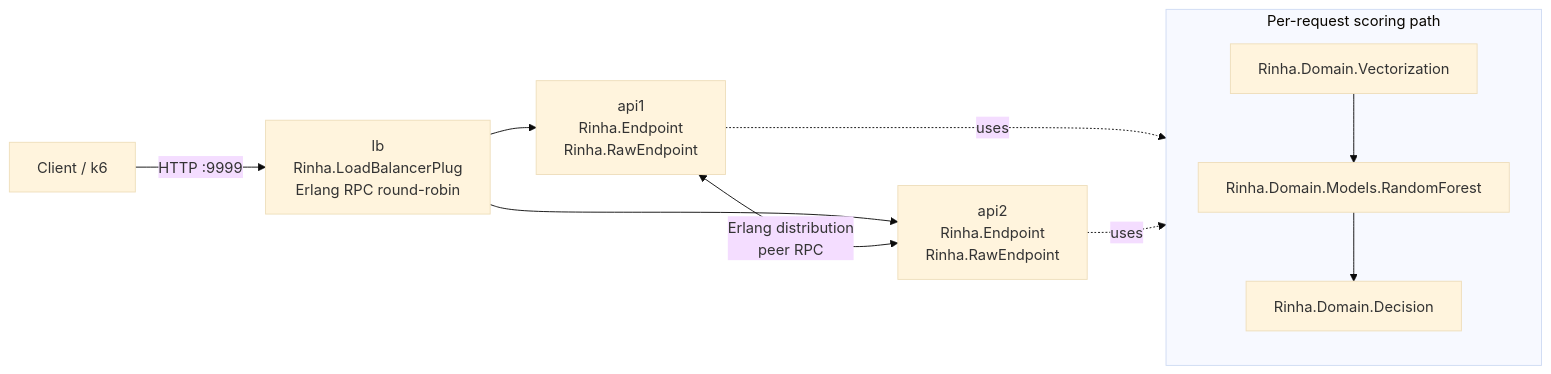
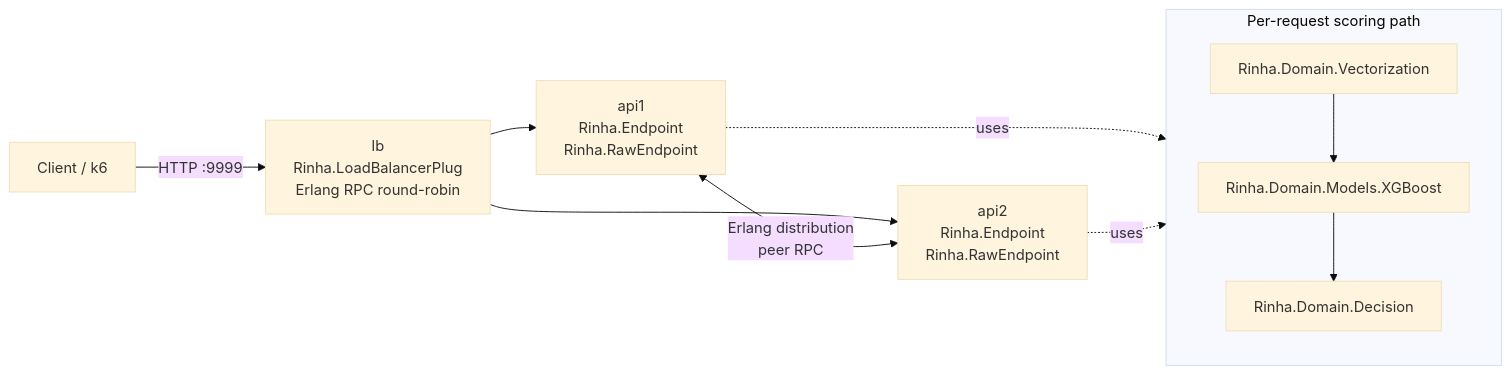
Before and after one commit to renatovico/rinha-elixir-pure: the diagram in README.md, drawn with Mermaid (base theme). The commit also changed other lines of this file and 18 other files, not shown here.

````diff
--- a/README.md
+++ b/README.md
@@ -36,16 +35,16 @@
 ```mermaid
 flowchart LR
     Client[Client / k6] -->|HTTP :9999| LB[lb\nRinha.LoadBalancerPlug\nErlang RPC round-robin]
     LB --> API1[api1\nRinha.Endpoint\nRinha.RawEndpoint]
     LB --> API2[api2\nRinha.Endpoint\nRinha.RawEndpoint]
 
     API1 <-->|Erlang distribution\npeer RPC| API2
 
     subgraph ScoringPath[Per-request scoring path]
-      V[Rinha.Domain.Vectorization] --> M[Rinha.Domain.Models.RandomForest]
+      V[Rinha.Domain.Vectorization] --> M[Rinha.Domain.Models.XGBoost]
       M --> D[Rinha.Domain.Decision]
     end
 
     API1 -. uses .-> ScoringPath
     API2 -. uses .-> ScoringPath
 ```
````
